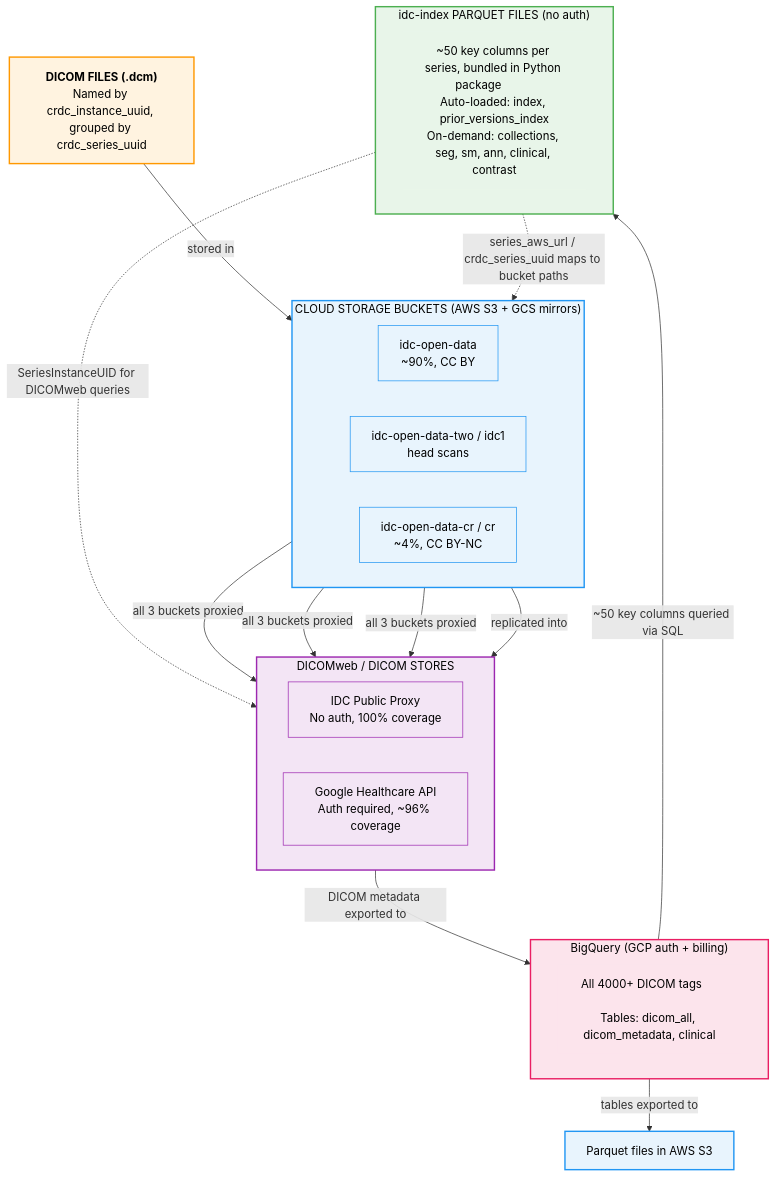
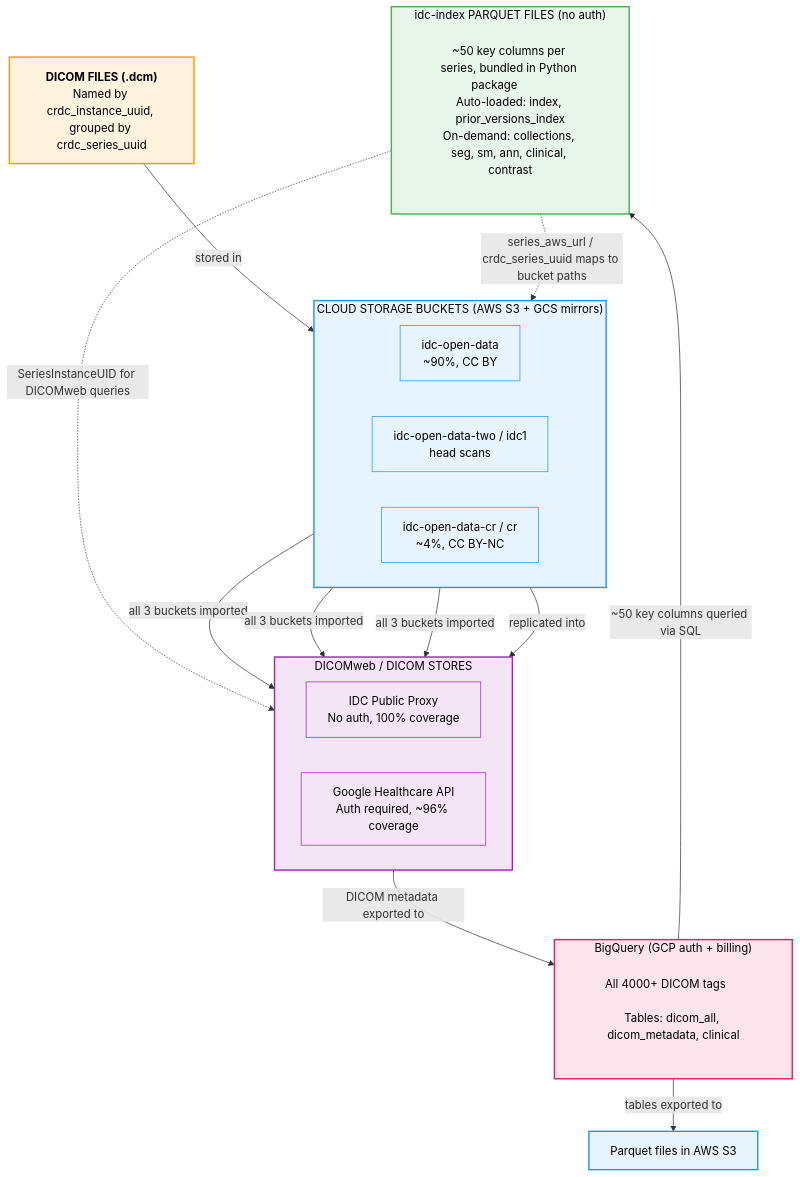
Before and after one commit to ImagingDataCommons/IDC-Docs: the diagram in data/organization-of-data/files-and-metadata.md, drawn with Mermaid.

Commit message:
GITBOOK-466: change request with no subject merged in GitBook

````diff
--- a/data/organization-of-data/files-and-metadata.md
+++ b/data/organization-of-data/files-and-metadata.md
@@ -7,53 +7,53 @@
 ```mermaid
 graph TB
     DCM["<b>DICOM FILES (.dcm)</b><br/>Named by crdc_instance_uuid, grouped by crdc_series_uuid"]
 
     DCM -->|"stored in"| BUCKETS
 
     subgraph BUCKETS["CLOUD STORAGE BUCKETS (AWS S3 + GCS mirrors)"]
         direction LR
         B1["idc-open-data<br/>~90%, CC BY"]
         B2["idc-open-data-two / idc1<br/>head scans"]
         B3["idc-open-data-cr / cr<br/>~4%, CC BY-NC"]
     end
 
-    B1 & B2 & B3 -->|"all 3 buckets proxied"| PROXY
+    B1 & B2 & B3 -->|"all 3 buckets imported"| PROXY
     B1 -->|"replicated into"| GHC
 
     subgraph STORES["DICOMweb / DICOM STORES"]
         direction LR
         PROXY["IDC Public Proxy<br/>No auth, 100% coverage"]
         GHC["Google Healthcare API<br/>Auth required, ~96% coverage"]
     end
 
     GHC -->|"DICOM metadata exported to"| BQ
 
     subgraph BQ["BigQuery (GCP auth + billing)"]
         BQ_DESC["All 4000+ DICOM tags &nbsp; &nbsp; &nbsp; &nbsp; &nbsp; &nbsp; &nbsp; &nbsp; &nbsp; &nbsp;<br/>Tables: dicom_all, dicom_metadata, clinical"]
     end
 
     BQ -->|"~50 key columns queried via SQL"| IDX
     BQ -->|"tables exported to"| S3BQ
     S3BQ["Parquet files in AWS S3"]
 
     subgraph IDX["idc-index PARQUET FILES (no auth)"]
         IDX_DESC["~50 key columns per series, bundled in Python package &nbsp; &nbsp; &nbsp; &nbsp; &nbsp;<br/>Auto-loaded: index, prior_versions_index<br/>On-demand: collections, seg, sm, ann, clinical, contrast"]
     end
 
     IDX -.->|"SeriesInstanceUID for DICOMweb queries"| STORES
     IDX -.->|"series_aws_url / crdc_series_uuid maps to bucket paths"| BUCKETS
 
     style DCM fill:#fff3e0,stroke:#FF9800,stroke-width:2px,color:#000
     style BUCKETS fill:#e8f4fd,stroke:#2196F3,stroke-width:2px,color:#000
     style B1 fill:#e8f4fd,stroke:#2196F3,color:#000
     style B2 fill:#e8f4fd,stroke:#2196F3,color:#000
     style B3 fill:#e8f4fd,stroke:#2196F3,color:#000
     style STORES fill:#f3e5f5,stroke:#9C27B0,stroke-width:2px,color:#000
     style PROXY fill:#f3e5f5,stroke:#9C27B0,color:#000
     style GHC fill:#f3e5f5,stroke:#9C27B0,color:#000
     style BQ fill:#fce4ec,stroke:#E91E63,stroke-width:2px,color:#000
     style BQ_DESC fill:#fce4ec,stroke:none,color:#000
     style IDX fill:#e8f5e9,stroke:#4CAF50,stroke-width:2px,color:#000
     style S3BQ fill:#e8f4fd,stroke:#2196F3,stroke-width:2px,color:#000
     style IDX_DESC fill:#e8f5e9,stroke:none,color:#000
 ```
````
